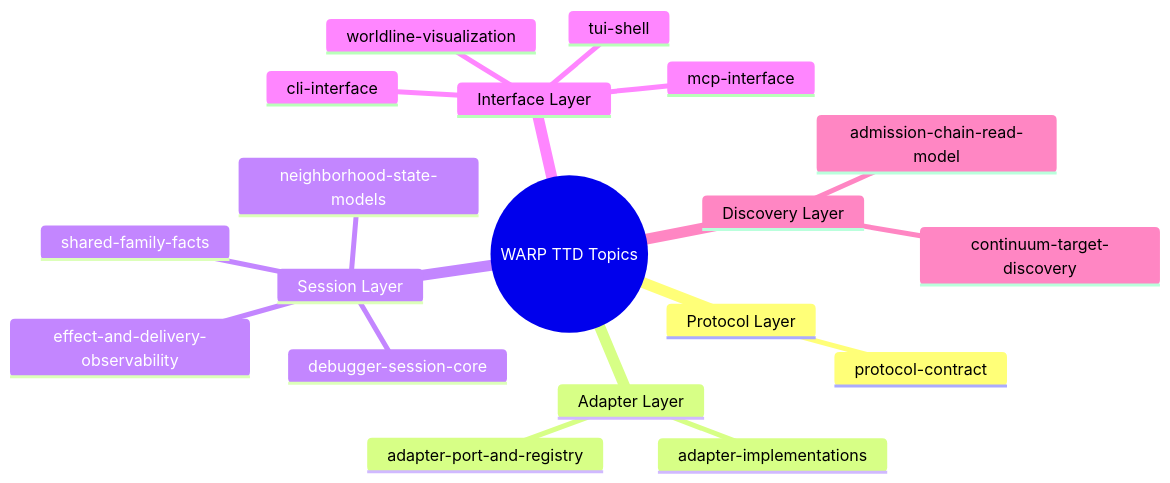
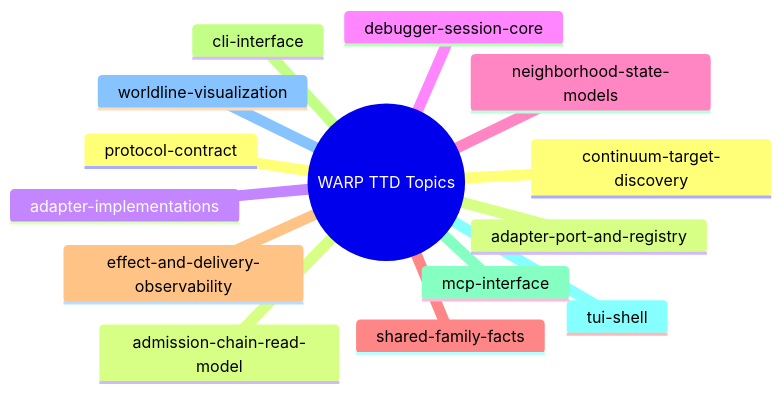
The second of 15 diagrams in docs/topics/README.md (flyingrobots/warp-ttd), drawn with Mermaid before and after one commit. The commit also changed other lines of this file and 55 other files, not shown here.

````diff
--- a/docs/topics/README.md
+++ b/docs/topics/README.md
@@ -333,22 +347,17 @@
 ```mermaid
 mindmap
   root((WARP TTD Topics))
-    Protocol Layer
-      protocol-contract
-    Adapter Layer
-      adapter-port-and-registry
-      adapter-implementations
-    Session Layer
-      debugger-session-core
-      neighborhood-state-models
-      shared-family-facts
-      effect-and-delivery-observability
-    Interface Layer
-      cli-interface
-      mcp-interface
-      tui-shell
-      worldline-visualization
-    Discovery Layer
-      continuum-target-discovery
-      admission-chain-read-model
+    protocol-contract
+    adapter-port-and-registry
+    adapter-implementations
+    debugger-session-core
+    neighborhood-state-models
+    shared-family-facts
+    effect-and-delivery-observability
+    cli-interface
+    mcp-interface
+    tui-shell
+    worldline-visualization
+    continuum-target-discovery
+    admission-chain-read-model
 ```
````
